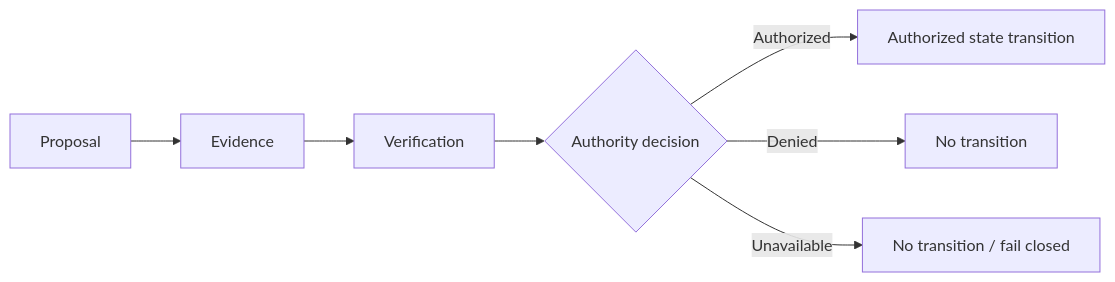
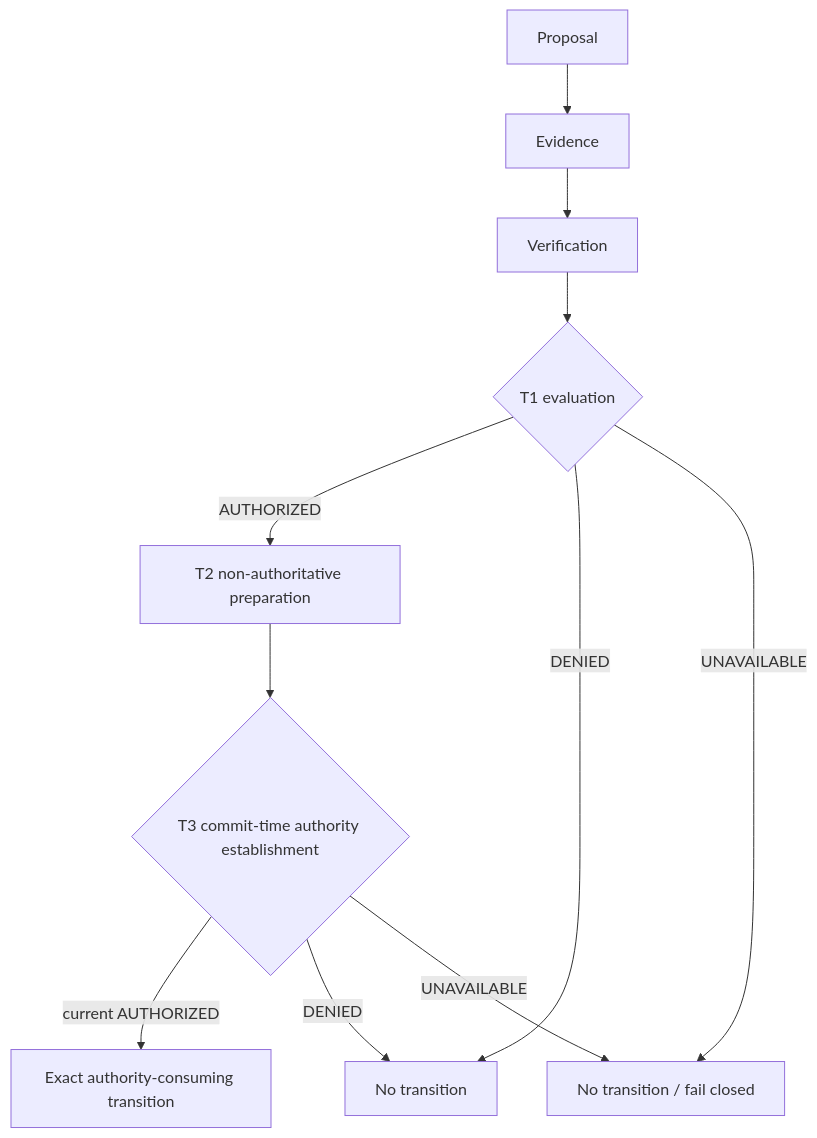
One commit to groundtruthexhibit-beep/ground-truth-exhibit changed the diagram in README.md. Above: the diagram before and after it, drawn with Mermaid. The commit also changed other lines of this file and 5 other files, not shown here.

````diff
--- a/README.md
+++ b/README.md
@@ -15,9 +15,13 @@
 ```mermaid
-flowchart LR
+flowchart TD
     P[Proposal] --> E[Evidence]
     E --> V[Verification]
-    V --> A{Authority decision}
-    A -->|Authorized| S[Authorized state transition]
-    A -->|Denied| D[No transition]
-    A -->|Unavailable| U[No transition / fail closed]
+    V --> T1{T1 evaluation}
+    T1 -->|AUTHORIZED| T2[T2 non-authoritative preparation]
+    T1 -->|DENIED| D[No transition]
+    T1 -->|UNAVAILABLE| U[No transition / fail closed]
+    T2 --> T3{T3 commit-time authority establishment}
+    T3 -->|current AUTHORIZED| S[Exact authority-consuming transition]
+    T3 -->|DENIED| D
+    T3 -->|UNAVAILABLE| U
 ```
````
